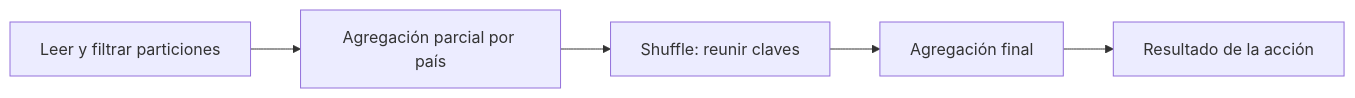
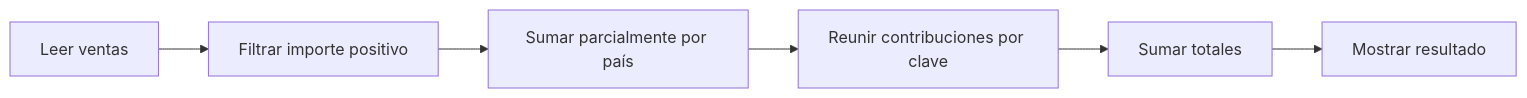
The diagram in Obsidian/freelance/Data Engineering/Spark/02 Lazy DAG stages y shuffle.md (kalech7/notes), drawn with Mermaid before and after one commit. The commit also changed other lines of this file and 134 other files, not shown here.

````diff
--- a/Obsidian/freelance/Data Engineering/Spark/02 Lazy DAG stages y shuffle.md
+++ b/Obsidian/freelance/Data Engineering/Spark/02 Lazy DAG stages y shuffle.md
@@ -30,7 +50,8 @@
 ```mermaid
 flowchart LR
- A["Leer y filtrar particiones"] --> B["Agregación parcial por país"]
- B --> C["Shuffle: reunir claves"]
- C --> D["Agregación final"]
- D --> E["Resultado de la acción"]
+    A["Leer ventas"] --> B["Filtrar importe positivo"]
+    B --> C["Sumar parcialmente por país"]
+    C --> D["Reunir contribuciones por clave"]
+    D --> E["Sumar totales"]
+    E --> F["Mostrar resultado"]
 ```
````
